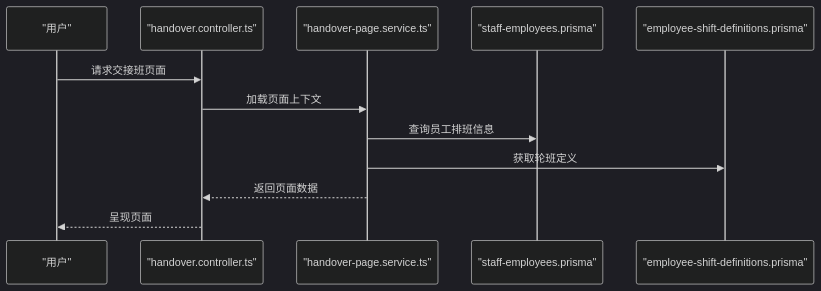
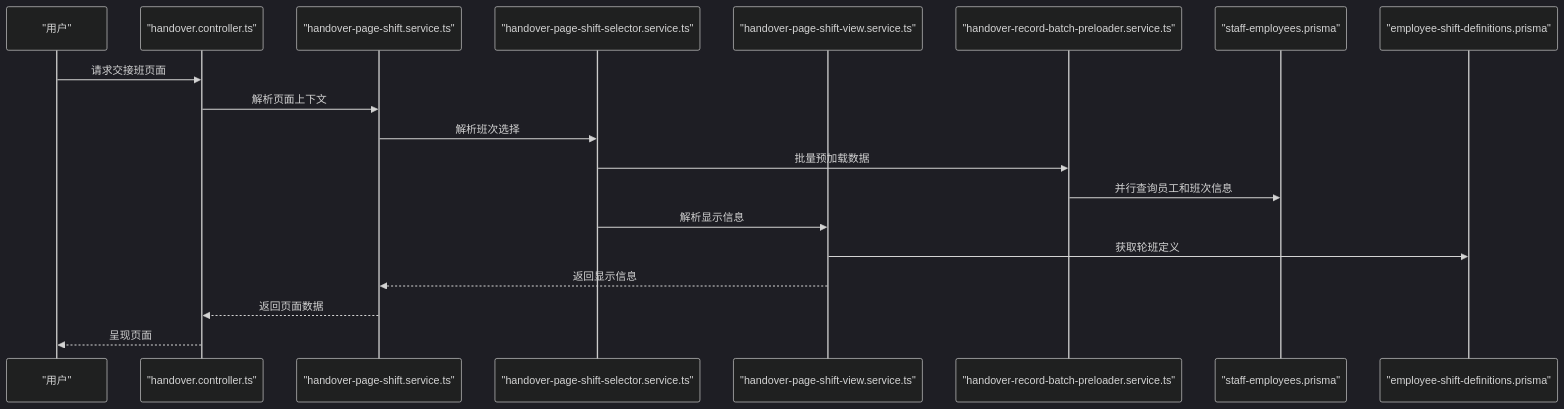
Before and after one commit to rc558620/purelyprofit-server: the fourth of 11 diagrams in .qoder/repowiki/zh/content/业务模块/运营管理模块/交接班管理.md, drawn with Mermaid (dark theme). The commit also changed other lines of this file and 45 other files, not shown here.

````diff
--- a/.qoder/repowiki/zh/content/业务模块/运营管理模块/交接班管理.md
+++ b/.qoder/repowiki/zh/content/业务模块/运营管理模块/交接班管理.md
@@ -246,14 +248,21 @@
 ```mermaid
 sequenceDiagram
 participant U as "用户"
 participant C as "handover.controller.ts"
-participant P as "handover-page.service.ts"
+participant PS as "handover-page-shift.service.ts"
+participant SS as "handover-page-shift-selector.service.ts"
+participant SV as "handover-page-shift-view.service.ts"
+participant BP as "handover-record-batch-preloader.service.ts"
 participant E as "staff-employees.prisma"
 participant S as "employee-shift-definitions.prisma"
 U->>C : 请求交接班页面
-C->>P : 加载页面上下文
-P->>E : 查询员工排班信息
-P->>S : 获取轮班定义
-P-->>C : 返回页面数据
+C->>PS : 解析页面上下文
+PS->>SS : 解析班次选择
+SS->>BP : 批量预加载数据
+BP->>E : 并行查询员工和班次信息
+SS->>SV : 解析显示信息
+SV->>S : 获取轮班定义
+SV-->>PS : 返回显示信息
+PS-->>C : 返回页面数据
 C-->>U : 呈现页面
 ```
````
